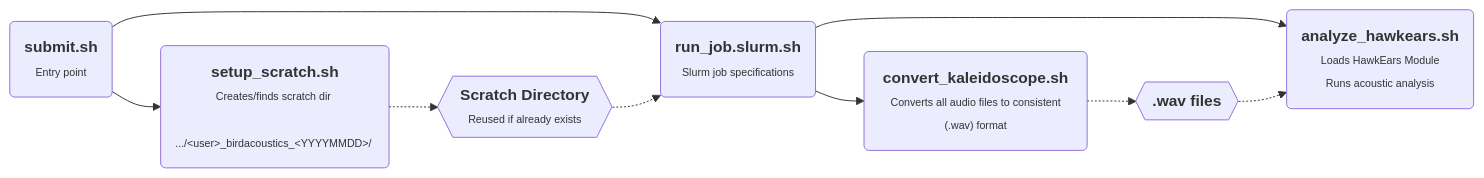
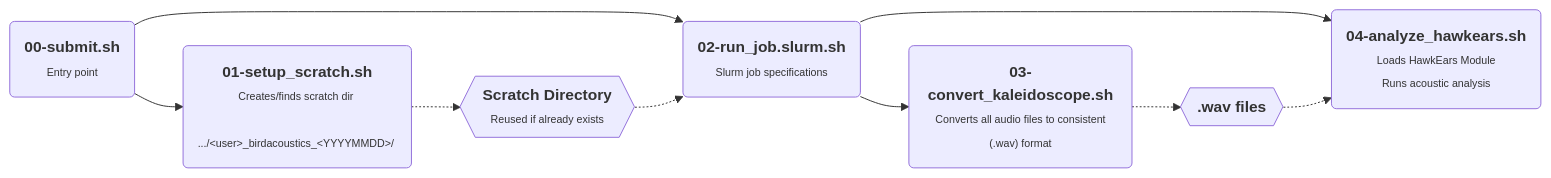
One commit to SamLokanc/birdacoustics changed the diagram in README.md. Above: the diagram before and after it, drawn with Mermaid. The commit also changed other lines of this file, not shown here.

Commit message:
Update README.md to reflect script name changes

````diff
--- a/README.md
+++ b/README.md
@@ -14,25 +14,25 @@
 ```mermaid
 flowchart LR
-    A("`**submit.sh**
+    A("`**00-submit.sh**
     <span style='font-size: 11px;'>Entry point</span>`")
-    B("`**setup_scratch.sh**
+    B("`**01-setup_scratch.sh**
     <span style='font-size: 11px;'>Creates/finds scratch dir </br> .../&ltuser&gt\_birdacoustics\_&ltYYYYMMDD&gt/ </span>`")
     C{{"`**Scratch Directory**
     <span style='font-size: 11px;'> Reused if already exists </span>`"}}
-    D("`**run_job.slurm.sh**
+    D("`**02-run_job.slurm.sh**
     <span style='font-size: 11px;'> Slurm job specifications </span>`")
-    E("`**analyze_hawkears.sh**
+    E("`**04-analyze_hawkears.sh**
     <span style='font-size: 11px;'> Loads HawkEars Module </br> Runs acoustic analysis</span>`")
-    F("`**convert_kaleidoscope.sh**
+    F("`**03-convert_kaleidoscope.sh**
     <span style='font-size: 11px;'> Converts all audio files to consistent (.wav) format</span>`")
     G{{"`**.wav files**`"}}
 
     A --> B 
     A --> D
     B -.-> C
     C -.-> D
     D --> E
     D --> F
     F -.-> G
     G -.-> E
 ```
````
